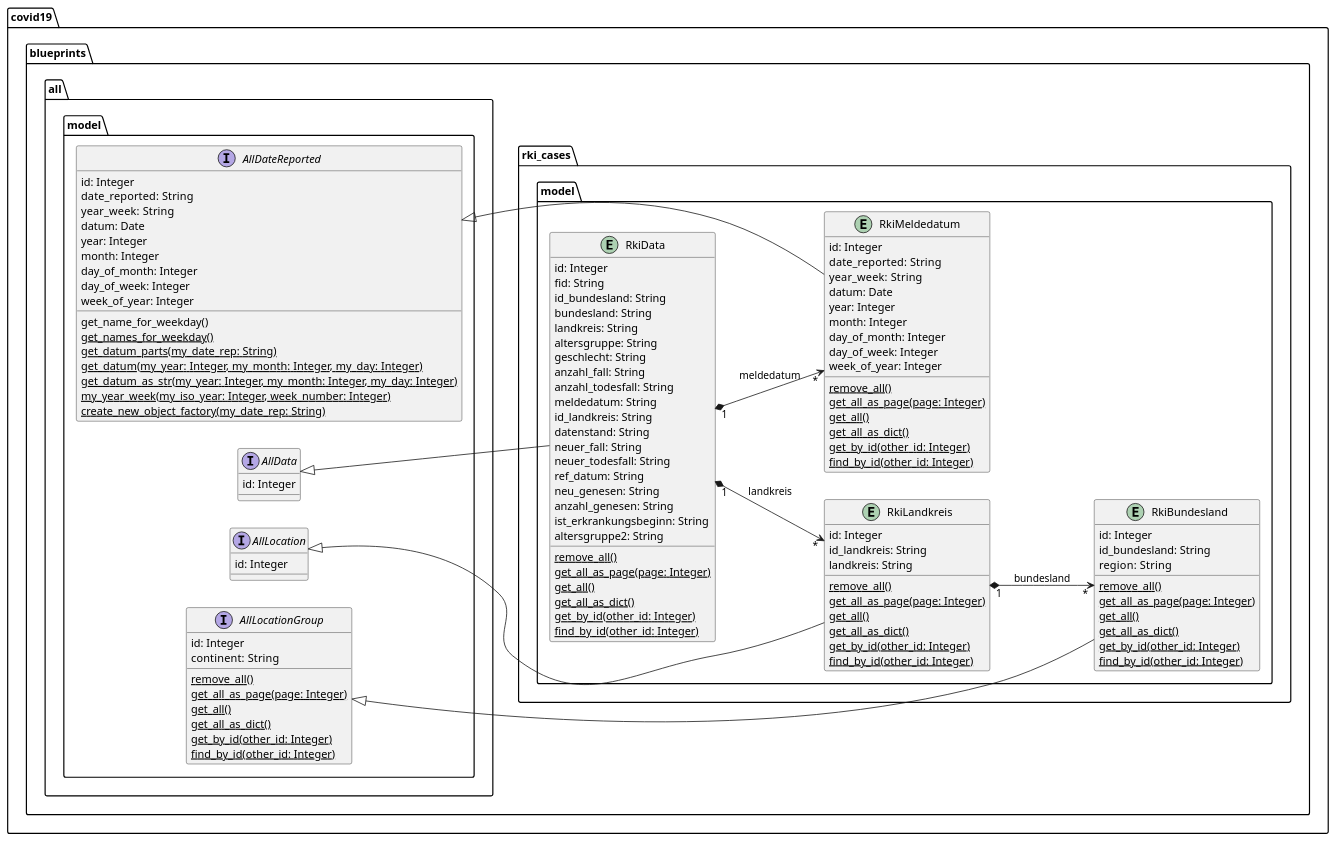
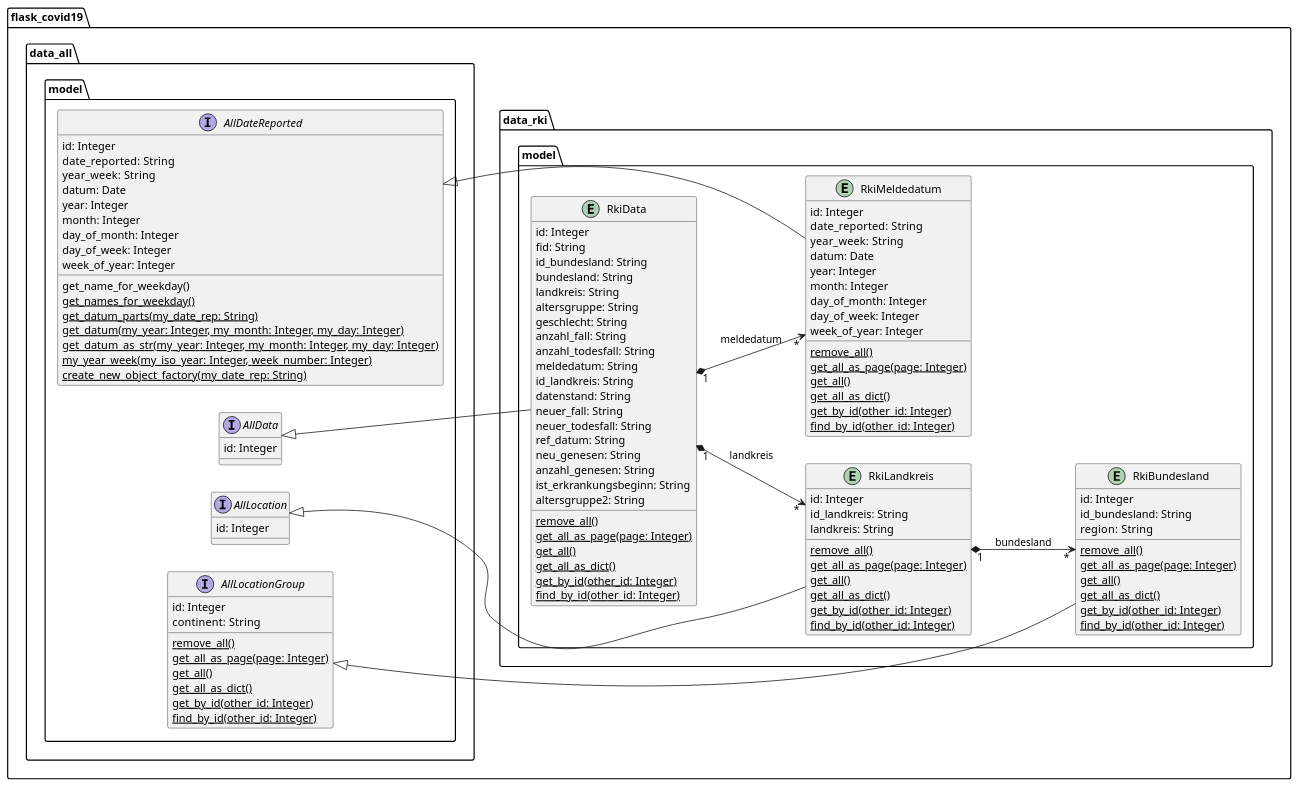
The diagram in docs/blueprints/data_rki/uml/rki_cases_domain_model_star_schema.puml (thomaswoehlke/flask_covid19), drawn with PlantUML before and after one commit. The commit also changed 19 other files, not shown here.

```diff
--- a/docs/blueprints/data_rki/uml/rki_cases_domain_model_star_schema.puml
+++ b/docs/blueprints/data_rki/uml/rki_cases_domain_model_star_schema.puml
@@ -1,125 +1,125 @@
 @startuml
 left to right direction
 
-package covid19.blueprints.all.model {
+package flask_covid19.data_all.model {
 
 	interface AllDateReported {
 	    id: Integer
 		date_reported:  String
 	    year_week:  String
 	    datum: Date
 	    year: Integer
 	    month: Integer
 	    day_of_month: Integer
 	    day_of_week: Integer
 	    week_of_year: Integer
 		get_name_for_weekday()
 		{classifier} get_names_for_weekday()
 		{classifier} get_datum_parts(my_date_rep: String)
 		{classifier} get_datum(my_year: Integer, my_month: Integer, my_day: Integer)
 		{classifier} get_datum_as_str(my_year: Integer, my_month: Integer, my_day: Integer)
 		{classifier} my_year_week(my_iso_year: Integer, week_number: Integer)
 		{classifier} create_new_object_factory(my_date_rep: String)
 	}
 
 	interface AllLocationGroup {
 	    id: Integer
 	    continent:  String
 	    {classifier} remove_all()
 	    {classifier} get_all_as_page(page: Integer)
 	    {classifier} get_all()
 	    {classifier} get_all_as_dict()
 	    {classifier} get_by_id(other_id: Integer)
 	    {classifier} find_by_id(other_id: Integer)
 	}
 	interface AllLocation {
 	    id: Integer
     }
 	interface AllData {
 	    id: Integer
 	}
 }
 
-package covid19.blueprints.rki_cases.model {
+package flask_covid19.data_rki.model {
 
 	entity RkiMeldedatum {
 	    id: Integer
 		date_reported:  String
 	    year_week:  String
 	    datum: Date
 	    year: Integer
 	    month: Integer
 	    day_of_month: Integer
 	    day_of_week: Integer
 	    week_of_year: Integer
 	    {classifier} remove_all()
 	    {classifier} get_all_as_page(page: Integer)
 	    {classifier} get_all()
 	    {classifier} get_all_as_dict()
 	    {classifier} get_by_id(other_id: Integer)
 	    {classifier} find_by_id(other_id: Integer)
 	}
 
 	entity RkiBundesland {
 	    id: Integer
 		id_bundesland: String
 	    region:  String
 	    {classifier} remove_all()
 	    {classifier} get_all_as_page(page: Integer)
 	    {classifier} get_all()
 	    {classifier} get_all_as_dict()
 	    {classifier} get_by_id(other_id: Integer)
 	    {classifier} find_by_id(other_id: Integer)
 	}
 
 	entity RkiLandkreis {
 	    id: Integer
 		id_landkreis: String
 		landkreis: String
 	    {classifier} remove_all()
 	    {classifier} get_all_as_page(page: Integer)
 	    {classifier} get_all()
 	    {classifier} get_all_as_dict()
 	    {classifier} get_by_id(other_id: Integer)
 	    {classifier} find_by_id(other_id: Integer)
 	}
 
 	entity RkiData {
 	    id: Integer
 	    fid: String
 	    id_bundesland: String
 	    bundesland: String
 	    landkreis: String
 	    altersgruppe: String
 	    geschlecht: String
 	    anzahl_fall: String
 	    anzahl_todesfall: String
 	    meldedatum: String
 	    id_landkreis: String
 	    datenstand: String
 	    neuer_fall: String
 	    neuer_todesfall: String
 	    ref_datum: String
 	    neu_genesen: String
 	    anzahl_genesen: String
 	    ist_erkrankungsbeginn: String
 	    altersgruppe2: String
 	    {classifier} remove_all()
 	    {classifier} get_all_as_page(page: Integer)
 	    {classifier} get_all()
 	    {classifier} get_all_as_dict()
 	    {classifier} get_by_id(other_id: Integer)
 	    {classifier} find_by_id(other_id: Integer)
 	}
 }
 
 AllDateReported <|-- RkiMeldedatum
 AllLocationGroup <|-- RkiBundesland
 AllLocation <|-- RkiLandkreis
 AllData <|-- RkiData
 
 RkiLandkreis "1" *--> "*" RkiBundesland : bundesland
 RkiData "1" *--> "*" RkiLandkreis : landkreis
 RkiData "1" *--> "*" RkiMeldedatum : meldedatum
 
 @enduml
```
